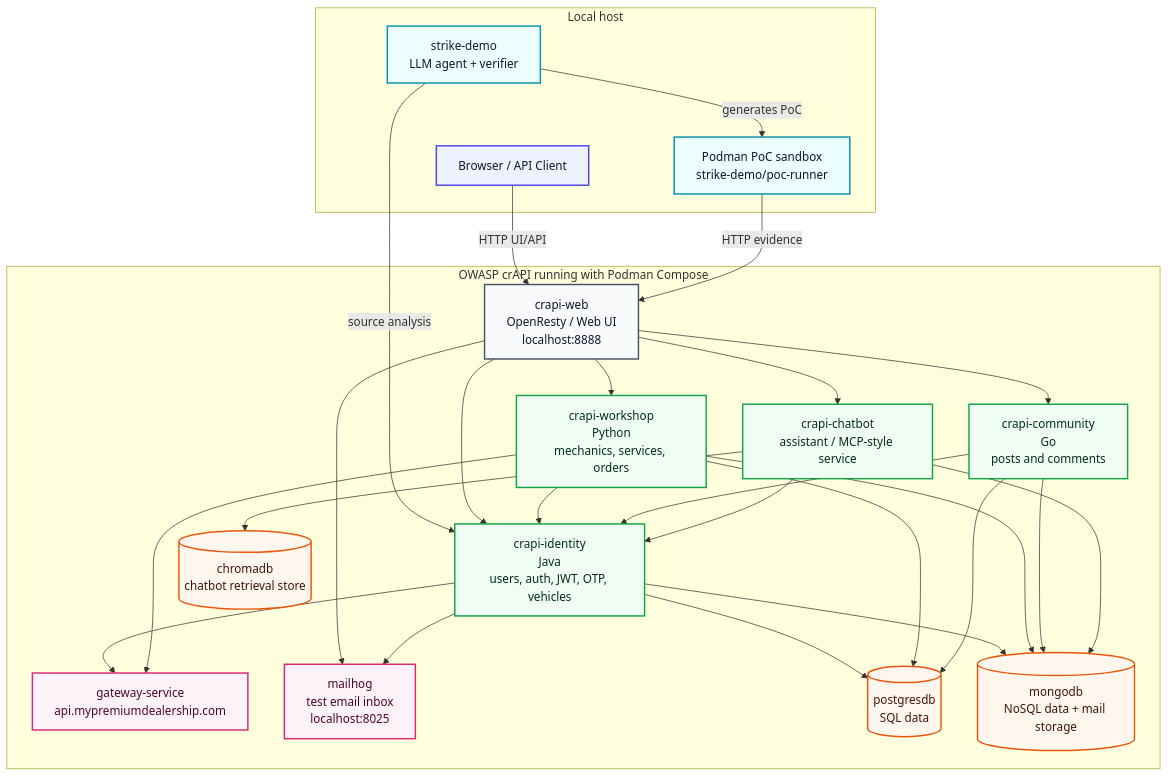
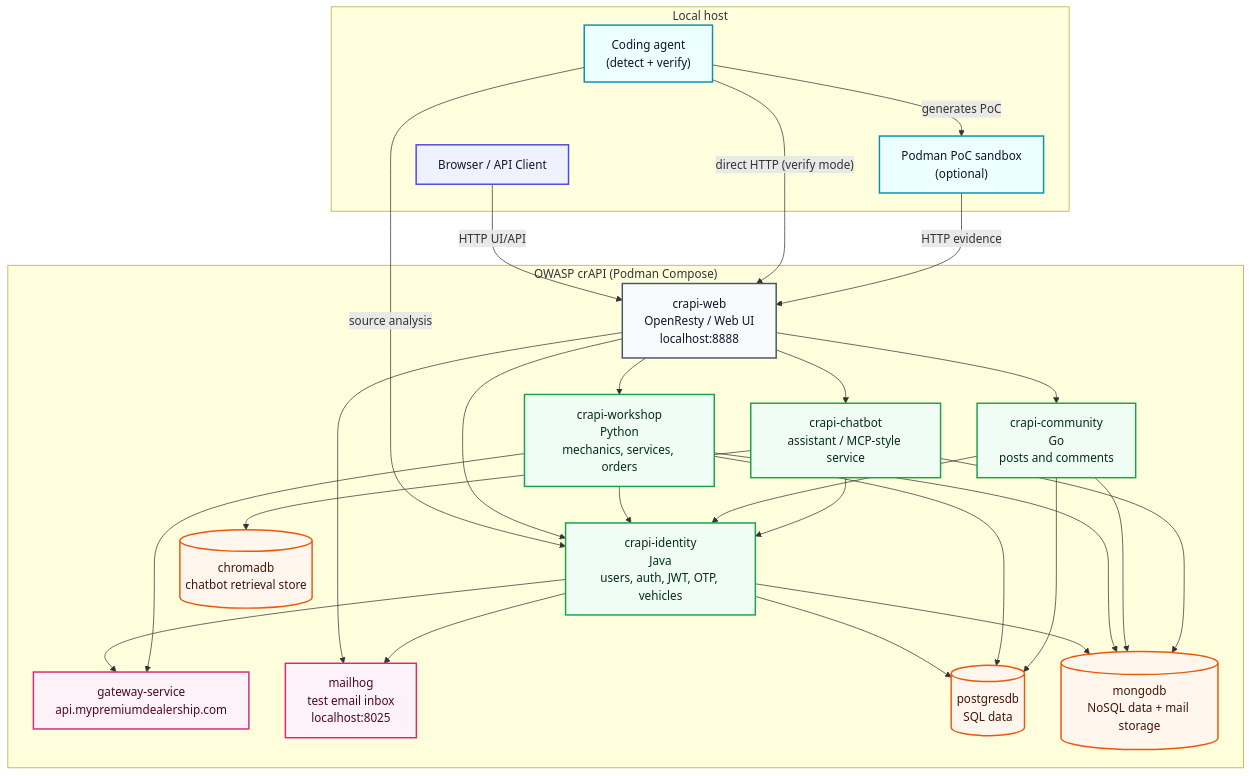
Before and after one commit to calasius/agentic-api-verifier: the diagram in README.md, drawn with Mermaid. The commit also changed other lines of this file, not shown here.

````diff
--- a/README.md
+++ b/README.md
@@ -49,68 +63,69 @@
 ```mermaid
 flowchart TB
     user["Browser / API Client"]
-    demo["strike-demo<br/>LLM agent + verifier"]
-    sandbox["Podman PoC sandbox<br/>strike-demo/poc-runner"]
+    agent["Coding agent<br/>(detect + verify)"]
+    sandbox["Podman PoC sandbox<br/>(optional)"]
 
     subgraph host["Local host"]
         user
-        demo
+        agent
         sandbox
     end
 
-    subgraph crapi["OWASP crAPI running with Podman Compose"]
+    subgraph crapi["OWASP crAPI (Podman Compose)"]
         web["crapi-web<br/>OpenResty / Web UI<br/>localhost:8888"]
         identity["crapi-identity<br/>Java<br/>users, auth, JWT, OTP, vehicles"]
         workshop["crapi-workshop<br/>Python<br/>mechanics, services, orders"]
         community["crapi-community<br/>Go<br/>posts and comments"]
         chatbot["crapi-chatbot<br/>assistant / MCP-style service"]
         gateway["gateway-service<br/>api.mypremiumdealership.com"]
         mailhog["mailhog<br/>test email inbox<br/>localhost:8025"]
         postgres[("postgresdb<br/>SQL data")]
         mongo[("mongodb<br/>NoSQL data + mail storage")]
         chroma[("chromadb<br/>chatbot retrieval store")]
     end
 
     user -->|"HTTP UI/API"| web
-    demo -->|"source analysis"| identity
-    demo -->|"generates PoC"| sandbox
+    agent -->|"source analysis"| identity
+    agent -->|"generates PoC"| sandbox
+    agent -->|"direct HTTP (verify mode)"| web
     sandbox -->|"HTTP evidence"| web
 
     web --> identity
     web --> workshop
     web --> community
     web --> chatbot
     web --> mailhog
 
     identity --> postgres
     identity --> mongo
     identity --> mailhog
     identity --> gateway
 
     workshop --> postgres
     workshop --> mongo
     workshop --> identity
     workshop --> gateway
 
     community --> postgres
     community --> mongo
     community --> identity
 
     chatbot --> identity
     chatbot --> mongo
     chatbot --> chroma
 
     classDef external fill:#eef2ff,stroke:#4f46e5,color:#111827,stroke-width:2px;
-    classDef demoNode fill:#ecfeff,stroke:#0891b2,color:#0f172a,stroke-width:2px;
+    classDef agentNode fill:#ecfeff,stroke:#0891b2,color:#0f172a,stroke-width:2px;
     classDef edge fill:#f8fafc,stroke:#475569,color:#0f172a,stroke-width:2px;
     classDef service fill:#f0fdf4,stroke:#16a34a,color:#052e16,stroke-width:2px;
     classDef data fill:#fff7ed,stroke:#ea580c,color:#431407,stroke-width:2px;
     classDef infra fill:#fdf2f8,stroke:#db2777,color:#500724,stroke-width:2px;
 
     class user external;
-    class demo,sandbox demoNode;
+    class agent,sandbox agentNode;
     class web edge;
     class identity,workshop,community,chatbot service;
     class postgres,mongo,chroma data;
     class mailhog,gateway infra;
 ```
````
